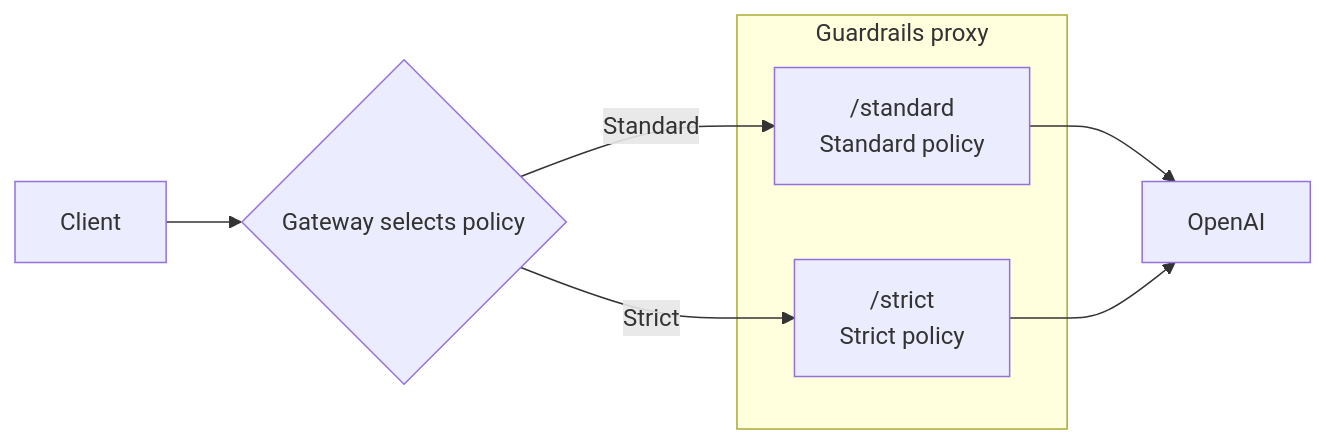
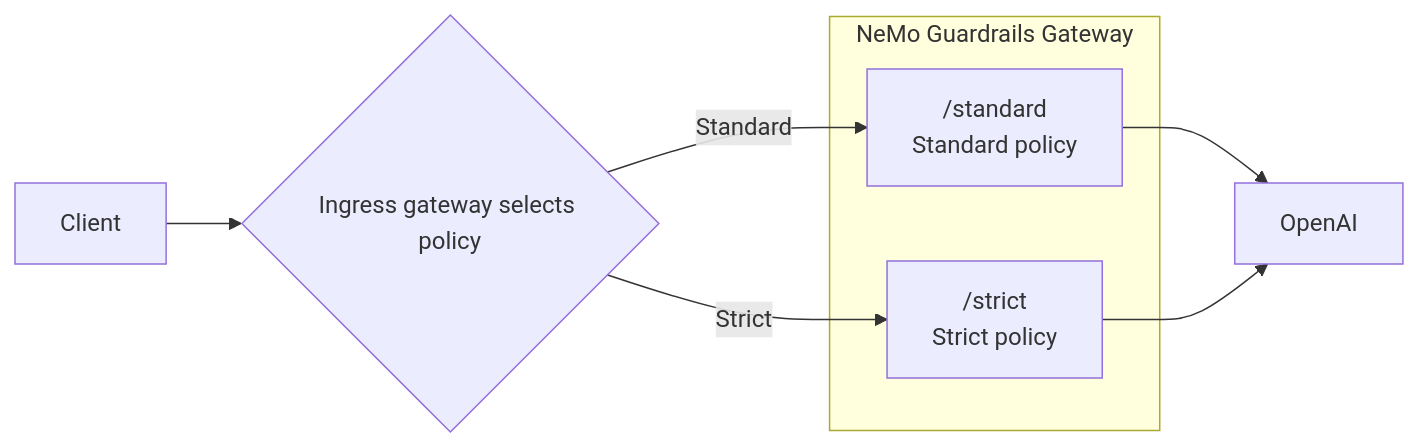
The diagram in docs/run-rails/using-proxy/advanced/multiple-provider-instances.mdx (NVIDIA-NeMo/Guardrails), drawn with Mermaid before and after one commit. The commit also changed other lines of this file and 19 other files, not shown here.

Commit message:
docs: name experimental proxy NeMo Guardrails Gateway (#2610)

````diff
--- a/docs/run-rails/using-proxy/advanced/multiple-provider-instances.mdx
+++ b/docs/run-rails/using-proxy/advanced/multiple-provider-instances.mdx
@@ -104,12 +104,12 @@
 ```mermaid
 flowchart LR
-    Client["Client"] --> Gateway{"Gateway selects policy"}
-    subgraph Proxy["Guardrails proxy"]
+    Client["Client"] --> Gateway{"Ingress gateway selects policy"}
+    subgraph Proxy["NeMo Guardrails Gateway"]
         Standard["/standard<br/>Standard policy"]
         Strict["/strict<br/>Strict policy"]
     end
     Gateway -->|"Standard"| Standard
     Gateway -->|"Strict"| Strict
     Standard --> OpenAI["OpenAI"]
     Strict --> OpenAI
 ```
````
